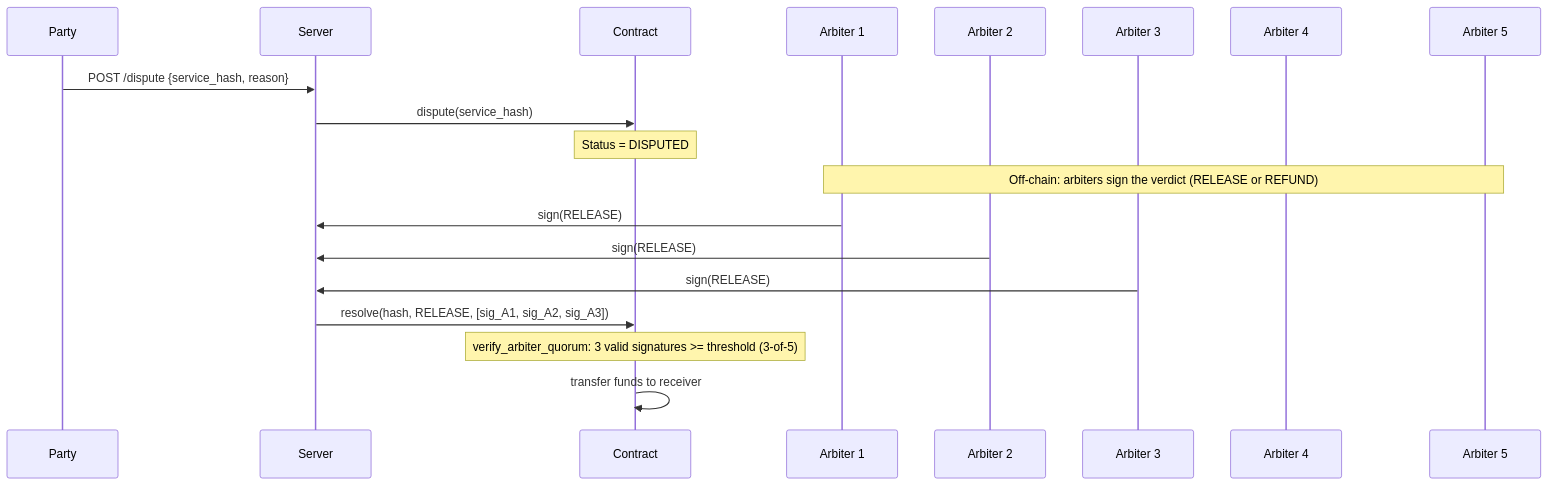
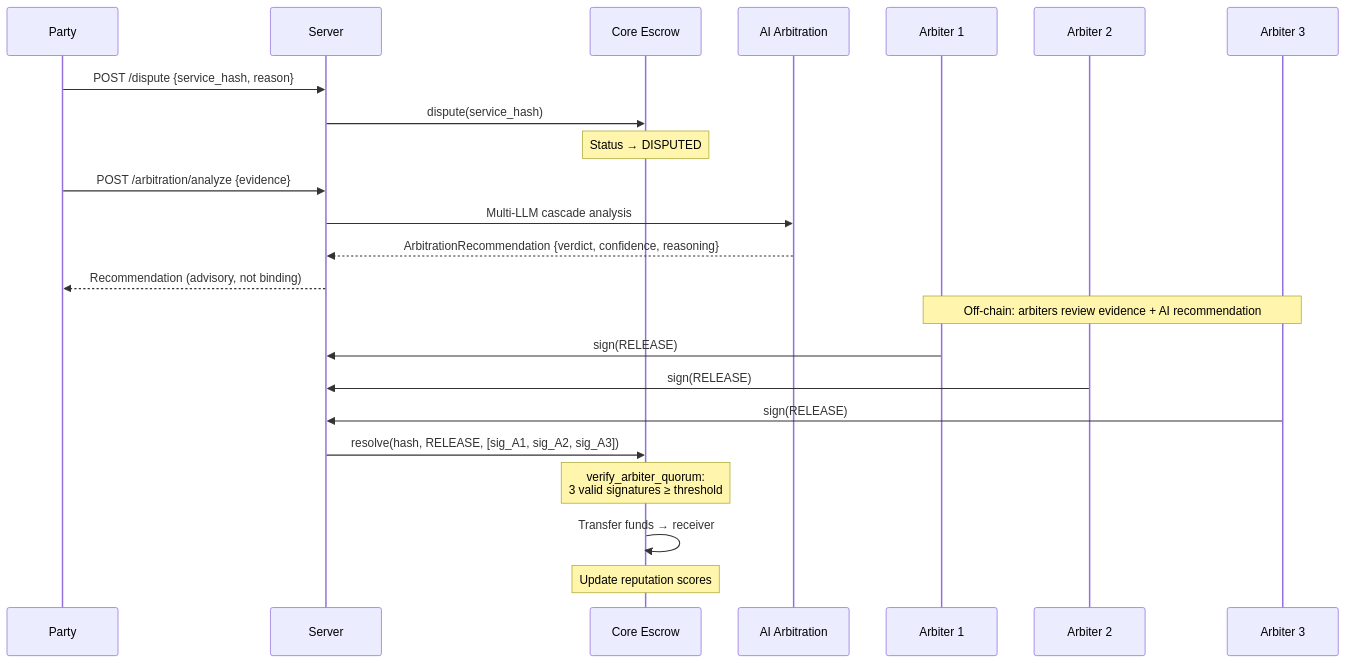
One commit to alexbelij/AgentEscrow402 changed the fifth of 12 diagrams in docs/ARCHITECTURE.md. Above: the diagram before and after it, drawn with Mermaid. The commit also changed other lines of this file and 4 other files, not shown here.

First line of the commit message:
feat: add AETNFT to contracts listing, expand ARCHITECTURE.md, fix README count

````diff
--- a/docs/ARCHITECTURE.md
+++ b/docs/ARCHITECTURE.md
@@ -52,23 +399,29 @@
 ```mermaid
 sequenceDiagram
     participant P as Party
     participant S as Server
-    participant C as Contract
+    participant C as Core Escrow
+    participant AI as AI Arbitration
     participant A1 as Arbiter 1
     participant A2 as Arbiter 2
     participant A3 as Arbiter 3
-    participant A4 as Arbiter 4
-    participant A5 as Arbiter 5
 
     P->>S: POST /dispute {service_hash, reason}
     S->>C: dispute(service_hash)
-    Note over C: Status = DISPUTED
+    Note over C: Status → DISPUTED
 
-    Note over A1,A5: Off-chain: arbiters sign the verdict (RELEASE or REFUND)
+    P->>S: POST /arbitration/analyze {evidence}
+    S->>AI: Multi-LLM cascade analysis
+    AI-->>S: ArbitrationRecommendation {verdict, confidence, reasoning}
+    S-->>P: Recommendation (advisory, not binding)
+
+    Note over A1,A3: Off-chain: arbiters review evidence + AI recommendation
     A1->>S: sign(RELEASE)
     A2->>S: sign(RELEASE)
     A3->>S: sign(RELEASE)
+
     S->>C: resolve(hash, RELEASE, [sig_A1, sig_A2, sig_A3])
-    Note over C: verify_arbiter_quorum: 3 valid signatures >= threshold (3-of-5)
-    C->>C: transfer funds to receiver
+    Note over C: verify_arbiter_quorum:<br/>3 valid signatures ≥ threshold
+    C->>C: Transfer funds → receiver
+    Note over C: Update reputation scores
 ```
````
